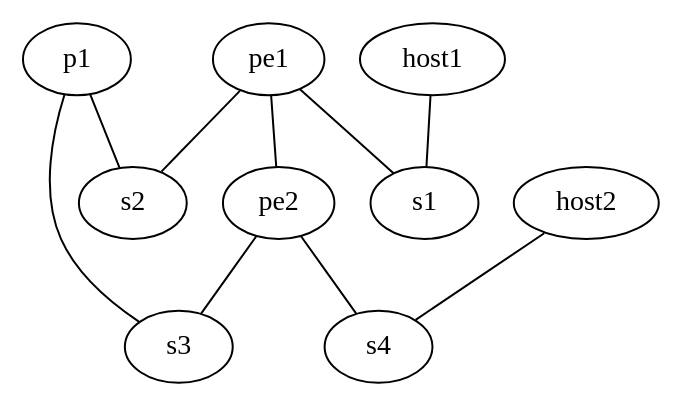
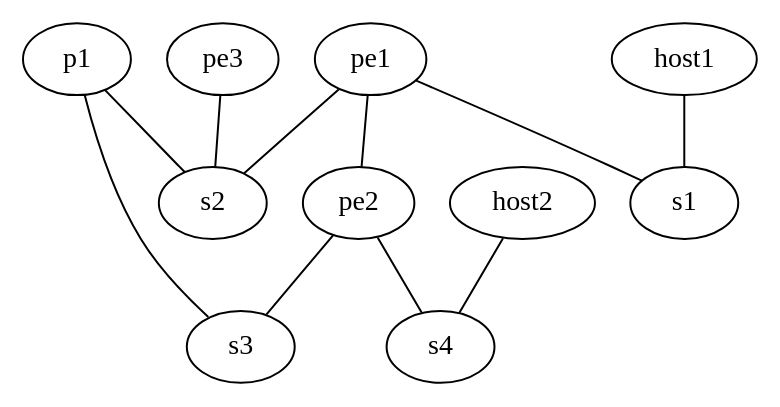
One commit to cpflat/dot2net changed the diagram in example/bgp_evpn_vxlan_topo1/input.dot. Above: the diagram before and after it, drawn with Graphviz. The commit also changed 19 other files, not shown here.

```diff
--- a/example/bgp_evpn_vxlan_topo1/input.dot
+++ b/example/bgp_evpn_vxlan_topo1/input.dot
@@ -1,22 +1,25 @@
 digraph  {
 	pe1[class="router;ospf;bgp"];
 	pe2[class="router;ospf;bgp"];
+	pe3[class="router;ospf;bgp"];
 	p1[class="router;ospf"];
 	host1[class="router;host"];
 	host2[class="router;host"];
 	s1[class="switch"];
 	s2[class="switch"];
 	s3[class="switch"];
 	s4[class="switch"];
 
-	pe1->s1[dir="none", tailclass="c;@pe1c"];
-	pe1->s2[dir="none", tailclass="p;c;ospf"];
-	pe2->s3[dir="none", tailclass="p;c;ospf"];
-	pe2->s4[dir="none", tailclass="c;@pe2c"];
-	p1->s2[dir="none", tailclass="p;c;ospf"];
-	p1->s3[dir="none", tailclass="p;c;ospf"];
-	host1->s1[dir="none", tailclass="c;host"];
-	host2->s4[dir="none", tailclass="c;host"];
+	pe1->s1[dir="none", class="c", tailclass="@pe1c"];
+	pe1->s2[dir="none", class="p;c", tailclass="ospf"];
+	pe2->s3[dir="none", class="p;c", tailclass="ospf"];
+	pe2->s4[dir="none", class="c", tailclass="@pe2c"];
+	pe3->s2[dir="none", class="p;c", tailclass="ospf"];
+	p1->s2[dir="none", class="p;c", tailclass="ospf"];
+	p1->s3[dir="none", class="p;c", tailclass="ospf"];
+	host1->s1[dir="none", class="c", tailclass="host"];
+	host2->s4[dir="none", class="c", tailclass="host"];
 
-	pe1:br101->pe2:br101[dir="none", headclass="c;v;vxlan;@attach=pe2c", tailclass="c;v;vxlan;@attach=pe1c"];
+	pe1:br101->pe2:br101[dir="none", class="c;v", headclass="vxlan;@attach=pe2c", tailclass="vxlan;@attach=pe1c"];
+
 }
```
